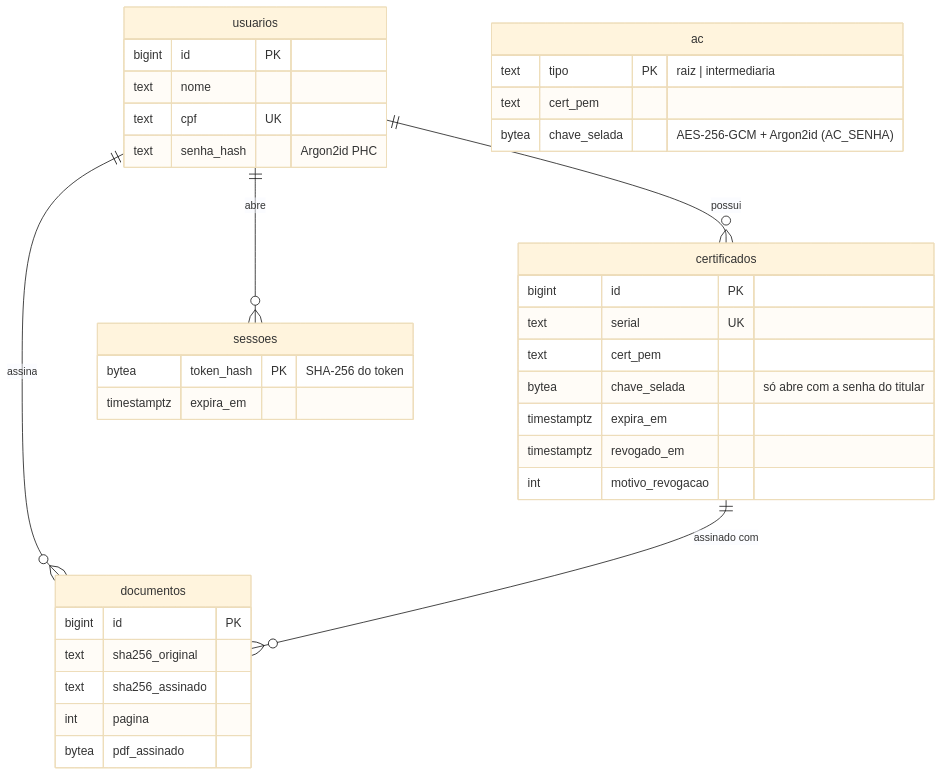
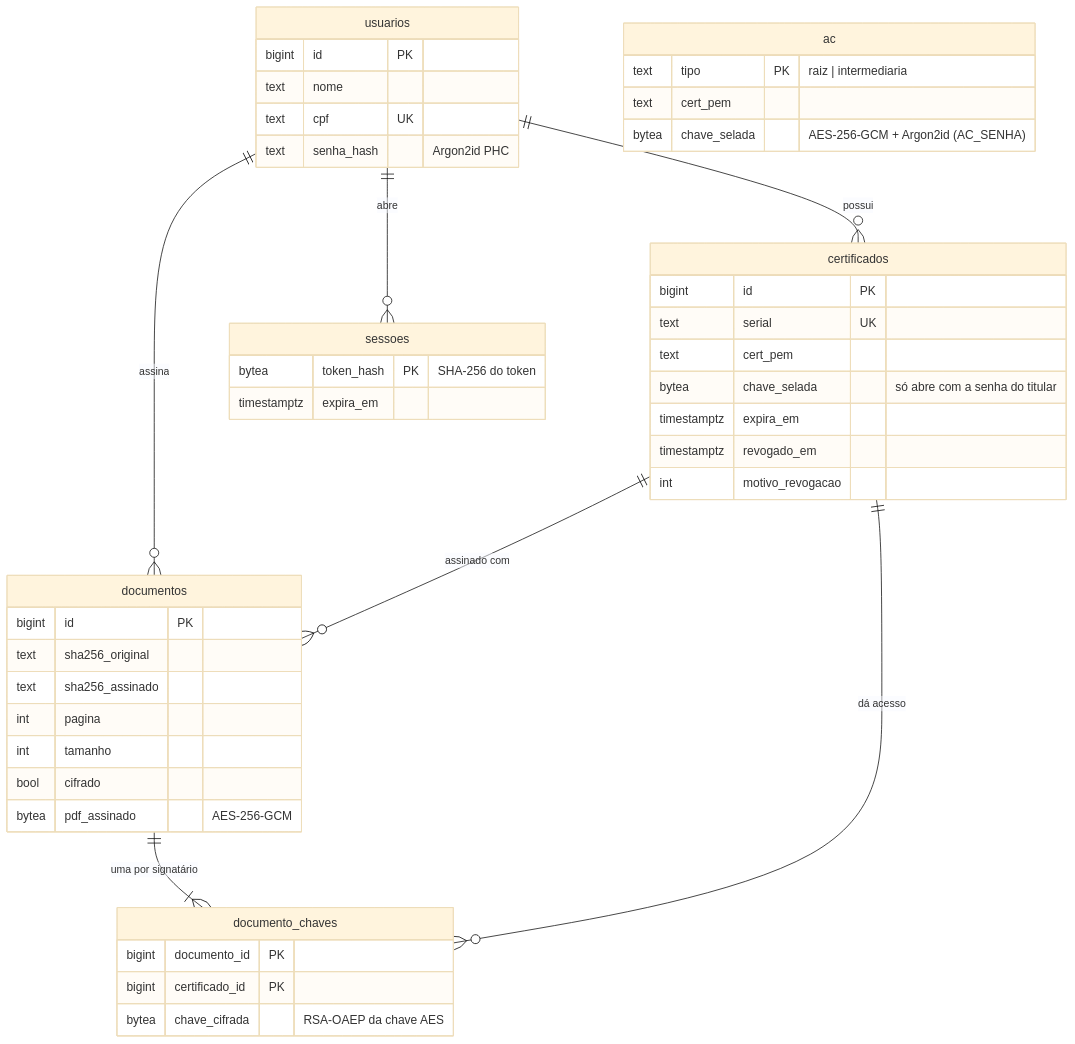
Before and after one commit to caetasousa/lcr: the third of 3 diagrams in docs/ARQUITETURA.md, drawn with Mermaid (base theme). The commit also changed 22 other files, not shown here.

First line of the commit message:
feat(documentos): armazenamento cifrado com acesso para todos os signatários

````diff
--- a/docs/ARQUITETURA.md
+++ b/docs/ARQUITETURA.md
@@ -82,38 +82,47 @@
 ```mermaid
 erDiagram
     usuarios ||--o{ certificados : possui
     usuarios ||--o{ sessoes : abre
     usuarios ||--o{ documentos : assina
     certificados ||--o{ documentos : "assinado com"
+    documentos ||--|{ documento_chaves : "uma por signatário"
+    certificados ||--o{ documento_chaves : "dá acesso"
     ac {
         text tipo PK "raiz | intermediaria"
         text cert_pem
         bytea chave_selada "AES-256-GCM + Argon2id (AC_SENHA)"
     }
     usuarios {
         bigint id PK
         text nome
         text cpf UK
         text senha_hash "Argon2id PHC"
     }
     certificados {
         bigint id PK
         text serial UK
         text cert_pem
         bytea chave_selada "só abre com a senha do titular"
         timestamptz expira_em
         timestamptz revogado_em
         int motivo_revogacao
     }
     sessoes {
         bytea token_hash PK "SHA-256 do token"
         timestamptz expira_em
     }
     documentos {
         bigint id PK
         text sha256_original
         text sha256_assinado
         int pagina
-        bytea pdf_assinado
+        int tamanho
+        bool cifrado
+        bytea pdf_assinado "AES-256-GCM"
+    }
+    documento_chaves {
+        bigint documento_id PK
+        bigint certificado_id PK
+        bytea chave_cifrada "RSA-OAEP da chave AES"
     }
 ```
````
